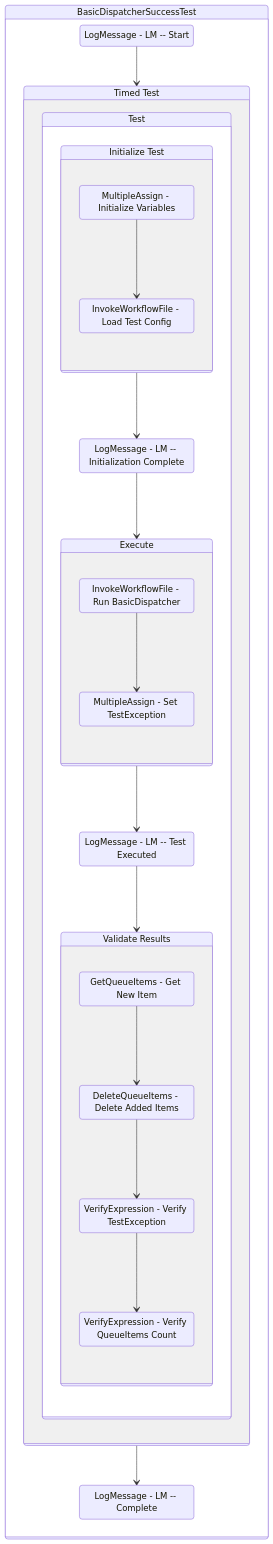
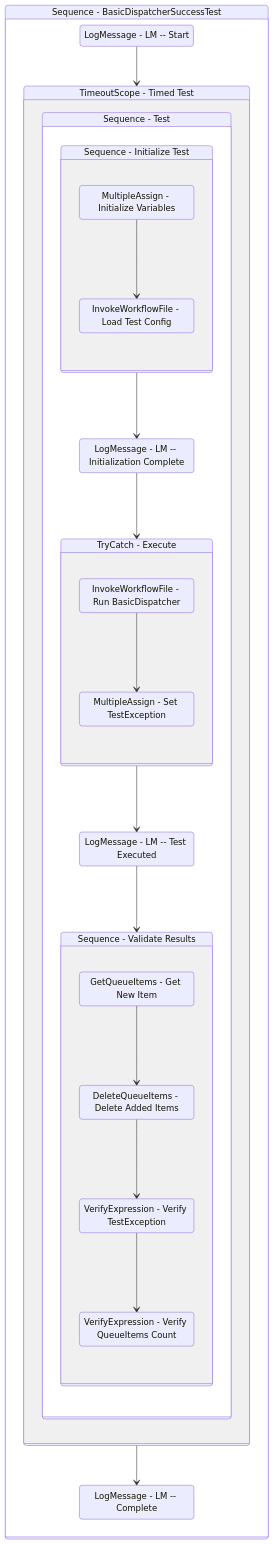
The diagram in Documentation/.templates/Dispatchers/Basic/Tests/BasicDispatcherSuccessTest.md (yashbrahmbhatt/LazyFramework), drawn with Mermaid before and after one commit. The commit also changed 78 other files, not shown here.

````diff
--- a/Documentation/.templates/Dispatchers/Basic/Tests/BasicDispatcherSuccessTest.md
+++ b/Documentation/.templates/Dispatchers/Basic/Tests/BasicDispatcherSuccessTest.md
@@ -120,54 +120,54 @@
 ```mermaid
 stateDiagram-v2
 
 
-Sequence_1: BasicDispatcherSuccessTest
+Sequence_1: Sequence - BasicDispatcherSuccessTest
 state Sequence_1 {
 direction TB
 LogMessage_1 : LogMessage - LM -- Start
 LogMessage_1 --> TimeoutScope_1
-TimeoutScope_1: Timed Test
+TimeoutScope_1: TimeoutScope - Timed Test
 state TimeoutScope_1 {
 direction TB
 
-Sequence_5: Test
+Sequence_5: Sequence - Test
 state Sequence_5 {
 direction TB
 
-Sequence_6: Initialize Test
+Sequence_6: Sequence - Initialize Test
 state Sequence_6 {
 direction TB
 MultipleAssign_2 : MultipleAssign - Initialize Variables
 InvokeWorkflowFile_1 : InvokeWorkflowFile - Load Test Config
 MultipleAssign_2 --> InvokeWorkflowFile_1
 }
 LogMessage_2 : LogMessage - LM -- Initialization Complete
 Sequence_6 --> LogMessage_2
 LogMessage_2 --> TryCatch_1
-TryCatch_1: Execute
+TryCatch_1: TryCatch - Execute
 state TryCatch_1 {
 direction TB
 InvokeWorkflowFile_2 : InvokeWorkflowFile - Run BasicDispatcher
 MultipleAssign_1 : MultipleAssign - Set TestException
 InvokeWorkflowFile_2 --> MultipleAssign_1
 }
 LogMessage_3 : LogMessage - LM -- Test Executed
 TryCatch_1 --> LogMessage_3
 LogMessage_3 --> Sequence_4
-Sequence_4: Validate Results
+Sequence_4: Sequence - Validate Results
 state Sequence_4 {
 direction TB
 GetQueueItems_1 : GetQueueItems - Get New Item
 DeleteQueueItems_2 : DeleteQueueItems - Delete Added Items
 GetQueueItems_1 --> DeleteQueueItems_2
 VerifyExpression_6 : VerifyExpression - Verify TestException
 DeleteQueueItems_2 --> VerifyExpression_6
 VerifyExpression_7 : VerifyExpression - Verify QueueItems Count
 VerifyExpression_6 --> VerifyExpression_7
 }
 }
 }
 LogMessage_4 : LogMessage - LM -- Complete
 TimeoutScope_1 --> LogMessage_4
 }
 ```
````
